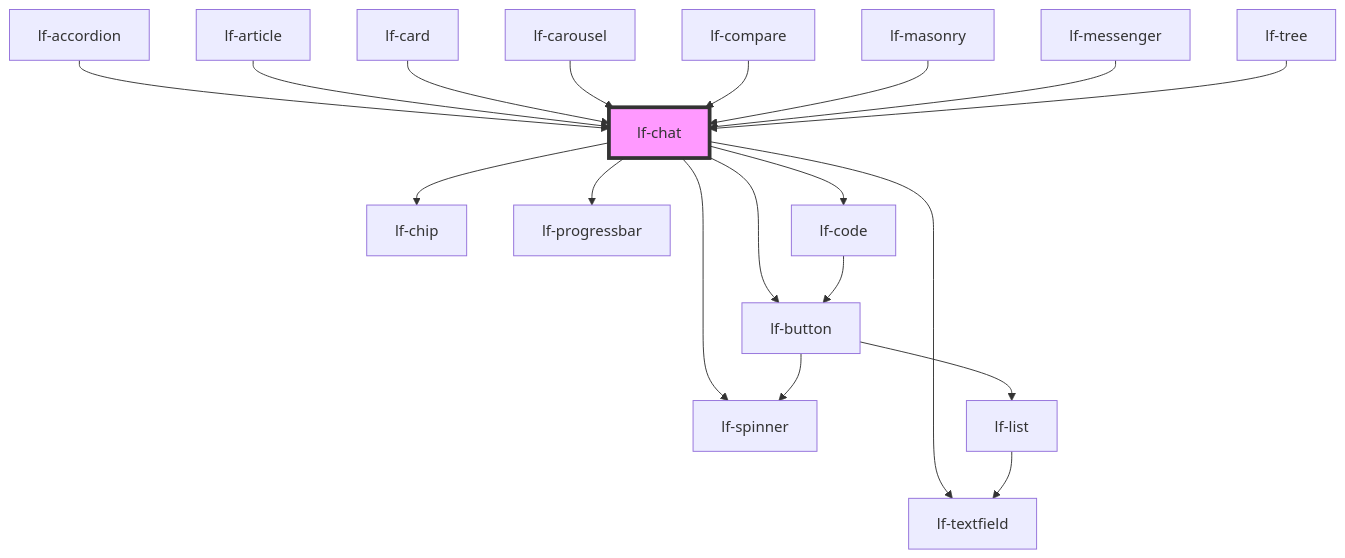
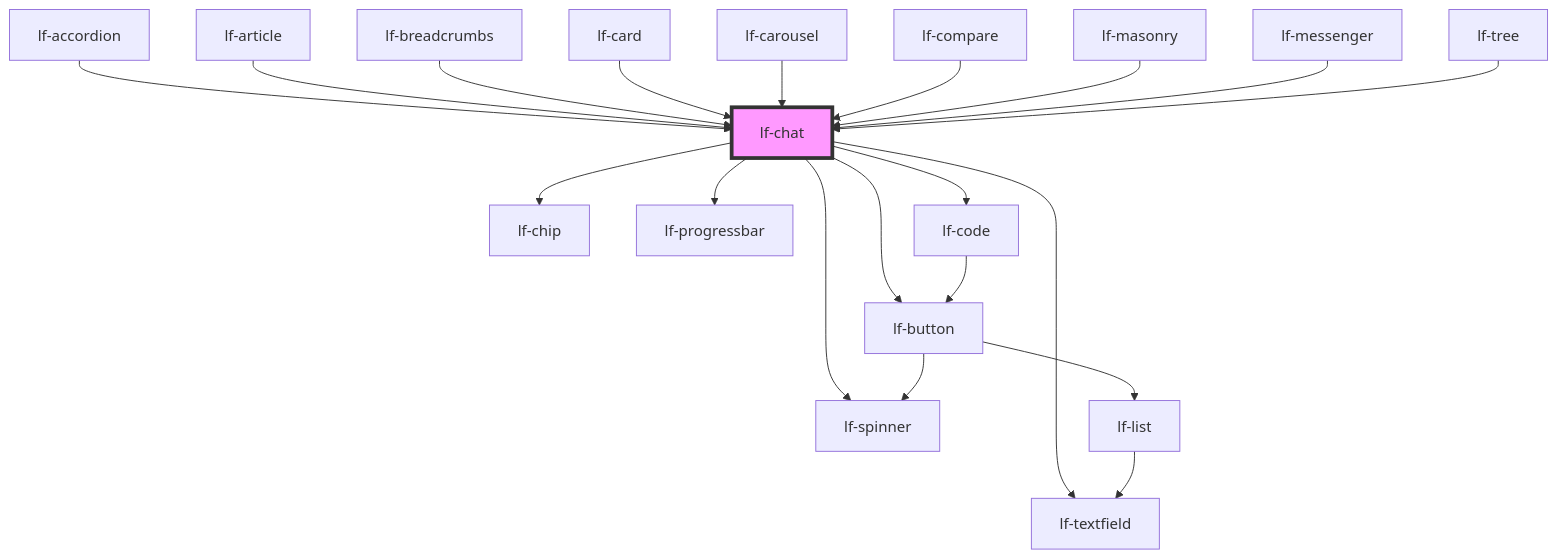
The diagram in packages/core/src/components/lf-chat/readme.md (lucafoscili/lf-widgets), drawn with Mermaid before and after one commit. The commit also changed other lines of this file and 17 other files, not shown here.

````diff
--- a/packages/core/src/components/lf-chat/readme.md
+++ b/packages/core/src/components/lf-chat/readme.md
@@ -283,22 +284,23 @@
 ```mermaid
 graph TD;
   lf-chat --> lf-spinner
   lf-chat --> lf-button
   lf-chat --> lf-chip
   lf-chat --> lf-textfield
   lf-chat --> lf-progressbar
   lf-chat --> lf-code
   lf-button --> lf-list
   lf-button --> lf-spinner
   lf-list --> lf-textfield
   lf-code --> lf-button
   lf-accordion --> lf-chat
   lf-article --> lf-chat
+  lf-breadcrumbs --> lf-chat
   lf-card --> lf-chat
   lf-carousel --> lf-chat
   lf-compare --> lf-chat
   lf-masonry --> lf-chat
   lf-messenger --> lf-chat
   lf-tree --> lf-chat
   style lf-chat fill:#f9f,stroke:#333,stroke-width:4px
 ```
````
